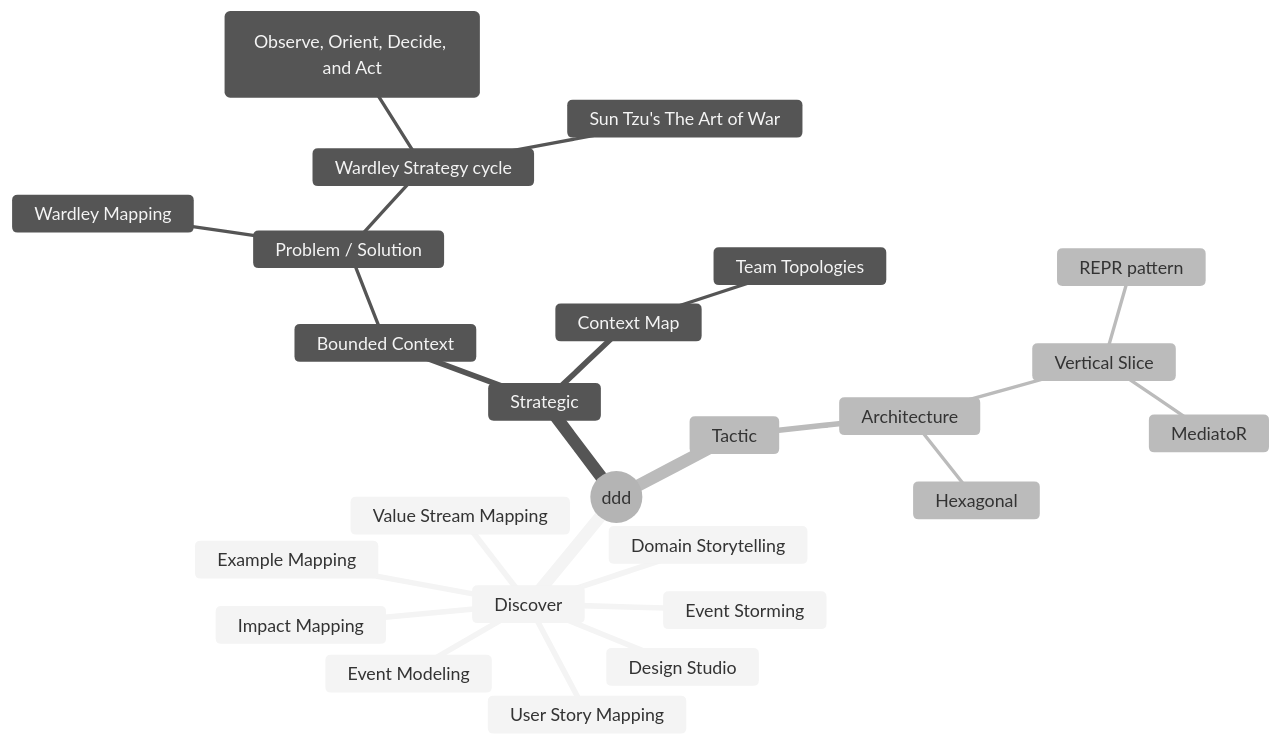
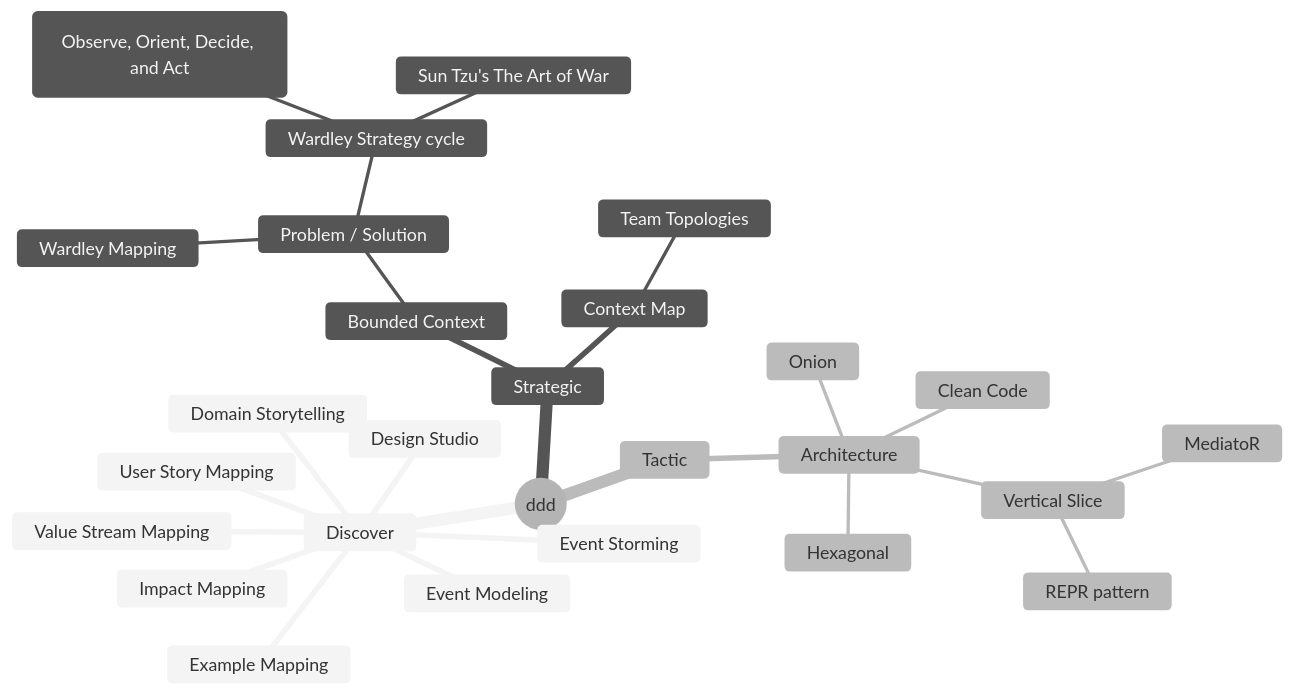
One commit to tanguybernard/my-awsome-ddd changed the diagram in minmap.md. Above: the diagram before and after it, drawn with Mermaid (neutral theme).

````diff
--- a/minmap.md
+++ b/minmap.md
@@ -1,30 +1,32 @@
 ```mermaid
 mindmap
   root((ddd))
     Discover
       Event Storming
       Example Mapping
       Value Stream Mapping
       User Story Mapping
       Design Studio
       Impact Mapping
       Domain Storytelling
       Event Modeling
     Strategic
       Bounded Context
         Problem / Solution
           Wardley Mapping
           Wardley Strategy cycle
             John Boyd's OODA loop (Observe, Orient, Decide, and Act)
             Sun Tzu's The Art of War
       
       Context Map
         Team Topologies
     Tactic
       Architecture
         Hexagonal
+        Onion
+        Clean Code
         Vertical Slice
           MediatoR
           REPR pattern
  
 ```
````
